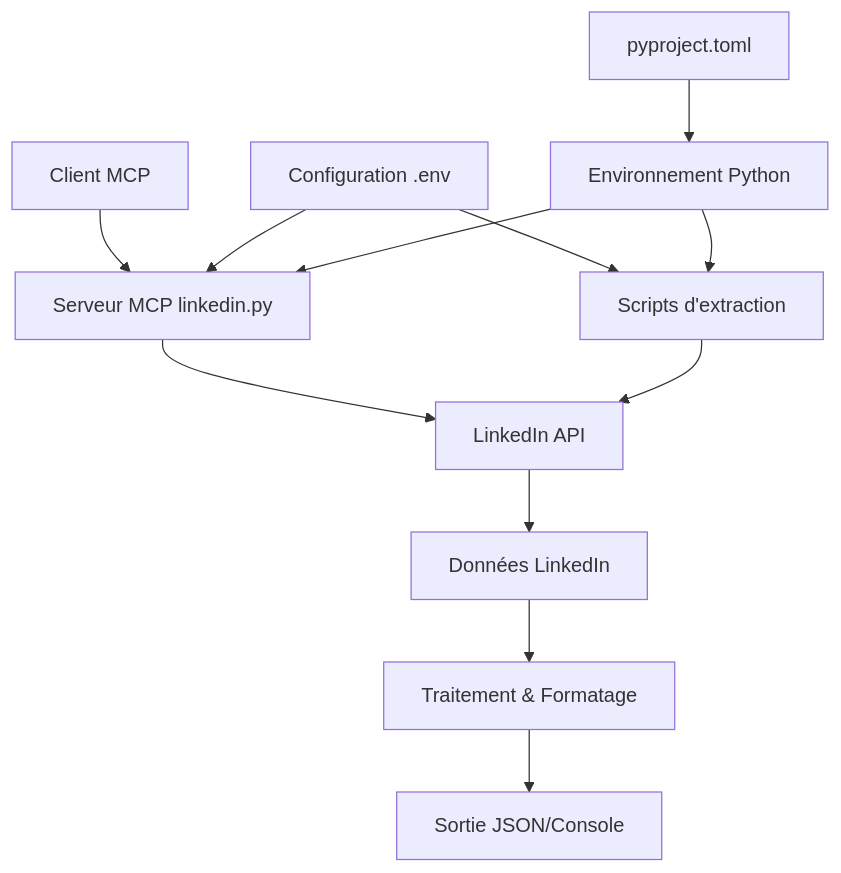
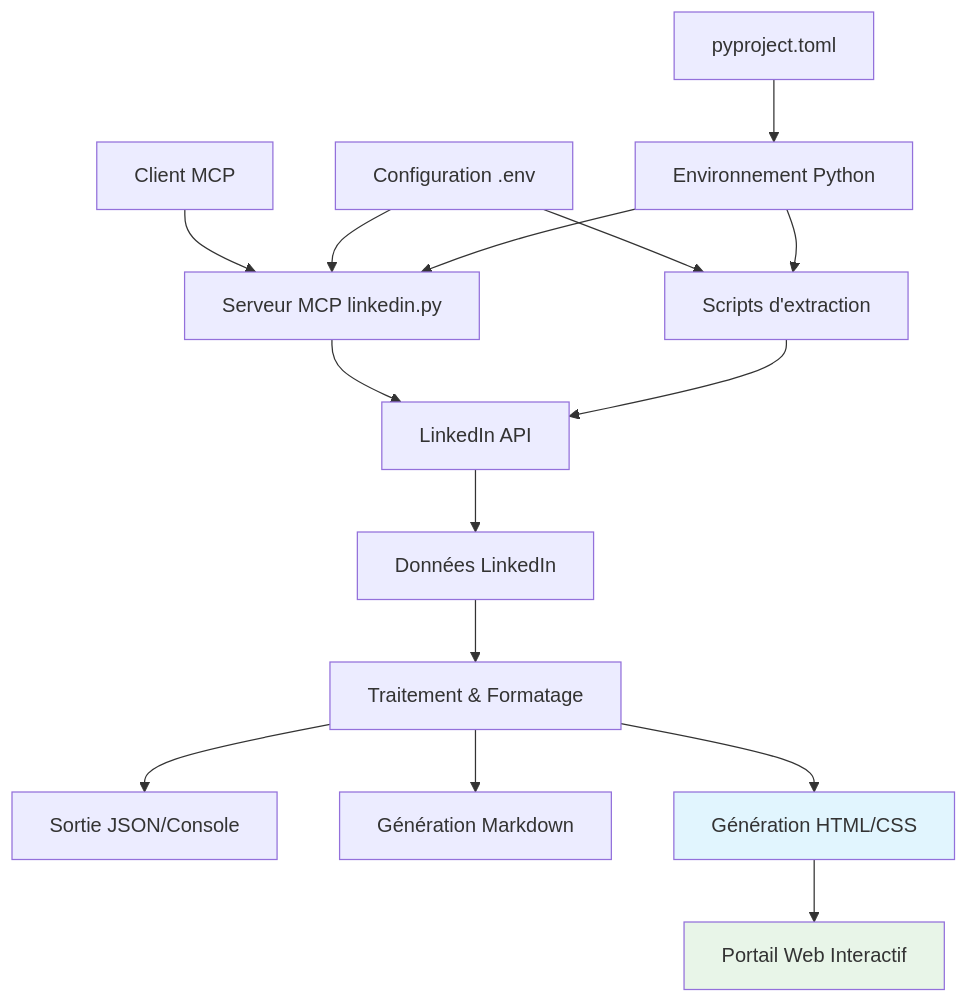
Before and after one commit to Xelov4/job-search: the first of 2 diagrams in docs/architecture.md, drawn with Mermaid. The commit also changed other lines of this file and 20 other files, not shown here.

````diff
--- a/docs/architecture.md
+++ b/docs/architecture.md
@@ -7,15 +7,21 @@
 ```mermaid
 graph TB
     A[Client MCP] --> B[Serveur MCP linkedin.py]
     B --> C[LinkedIn API]
     D[Scripts d'extraction] --> C
     C --> E[Données LinkedIn]
     E --> F[Traitement & Formatage]
     F --> G[Sortie JSON/Console]
+    F --> H[Génération Markdown]
+    F --> I[Génération HTML/CSS]
+    I --> J[Portail Web Interactif]
     
-    H[Configuration .env] --> B
-    H --> D
-    I[pyproject.toml] --> J[Environnement Python]
-    J --> B
-    J --> D
+    K[Configuration .env] --> B
+    K --> D
+    L[pyproject.toml] --> M[Environnement Python]
+    M --> B
+    M --> D
+    
+    style I fill:#e1f5fe
+    style J fill:#e8f5e8
 ```
````
